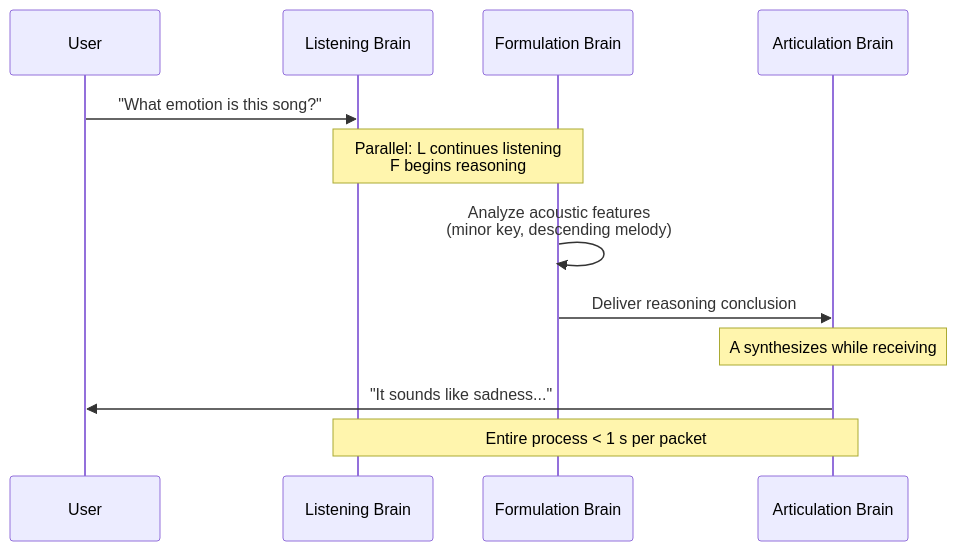
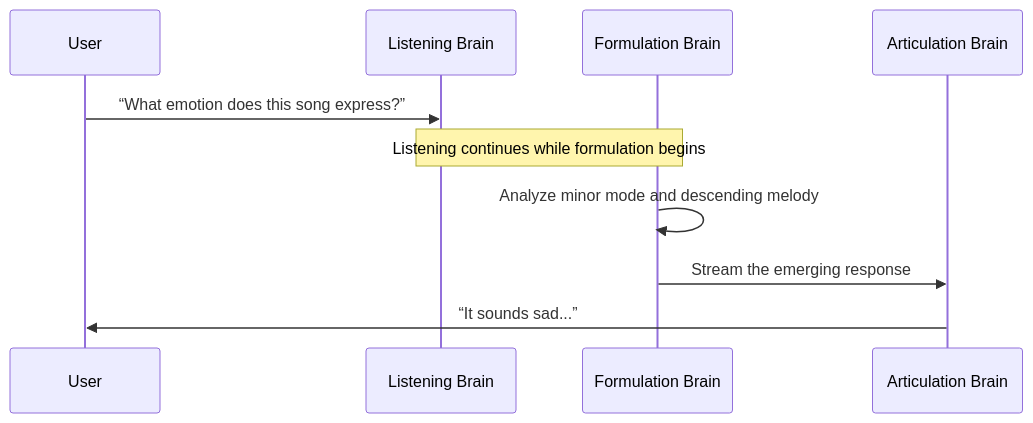
Before and after one commit to birhantprkc/hands-on-modern-rl: the third of 4 diagrams in docs/en/chapter27_audio_rl/reward-design.md, drawn with Mermaid. The commit also changed other lines of this file and 7 other files, not shown here.

````diff
--- a/docs/en/chapter27_audio_rl/reward-design.md
+++ b/docs/en/chapter27_audio_rl/reward-design.md
@@ -174,15 +250,13 @@
 ```mermaid
 sequenceDiagram
     participant U as User
     participant L as Listening Brain
     participant F as Formulation Brain
     participant A as Articulation Brain
 
-    U->>L: "What emotion is this song?"
-    Note over L,F: Parallel: L continues listening<br/>F begins reasoning
-    F->>F: Analyze acoustic features<br/>(minor key, descending melody)
-    F->>A: Deliver reasoning conclusion
-    Note over A: A synthesizes while receiving
-    A->>U: "It sounds like sadness..."
-    Note over L,A: Entire process < 1 s per packet
+    U->>L: “What emotion does this song express?”
+    Note over L,F: Listening continues while formulation begins
+    F->>F: Analyze minor mode and descending melody
+    F->>A: Stream the emerging response
+    A->>U: “It sounds sad...”
 ```
````
